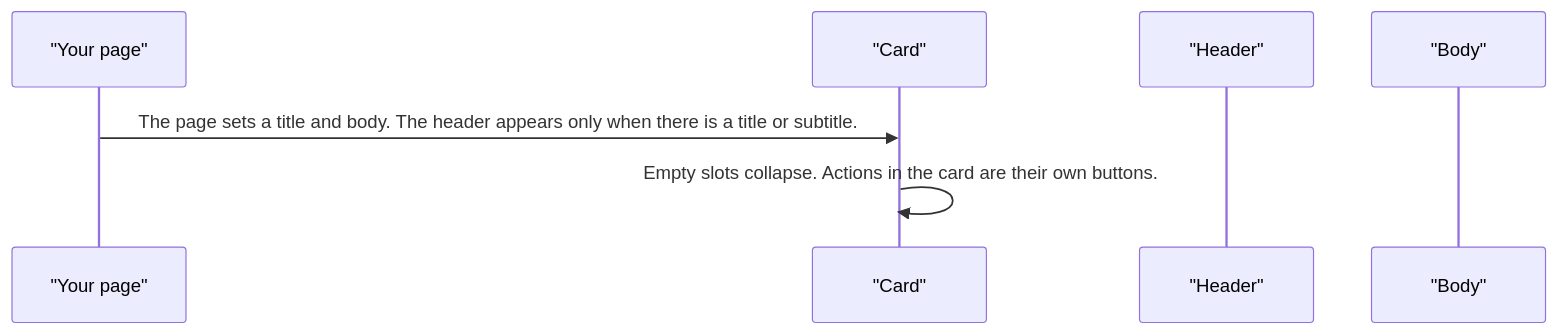
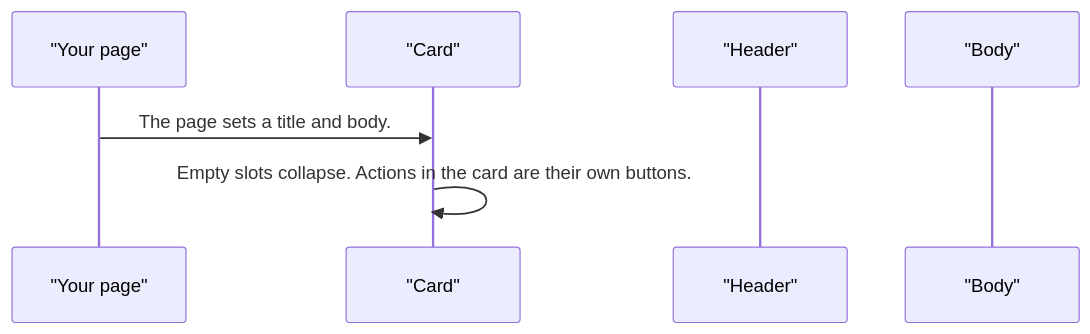
One commit to RajshekharBorate/pixel-ui changed the second of 5 diagrams in projects/pixel-ui/src/lib/pixel-card/DESIGN.md. Above: the diagram before and after it, drawn with Mermaid. The commit also changed other lines of this file and 80 other files, not shown here.

Commit message:
Fill missing design flows and correct the stories that did not match component behavior.

````diff
--- a/projects/pixel-ui/src/lib/pixel-card/DESIGN.md
+++ b/projects/pixel-ui/src/lib/pixel-card/DESIGN.md
@@ -61,9 +61,9 @@
 ```mermaid
 sequenceDiagram
   participant page as "Your page"
   participant card as "Card"
   participant header as "Header"
   participant body as "Body"
-  page->>card: The page sets a title and body. The header appears only when there is a title or subtitle.
+  page->>card: The page sets a title and body.
   card->>card: Empty slots collapse. Actions in the card are their own buttons.
 ```
````
